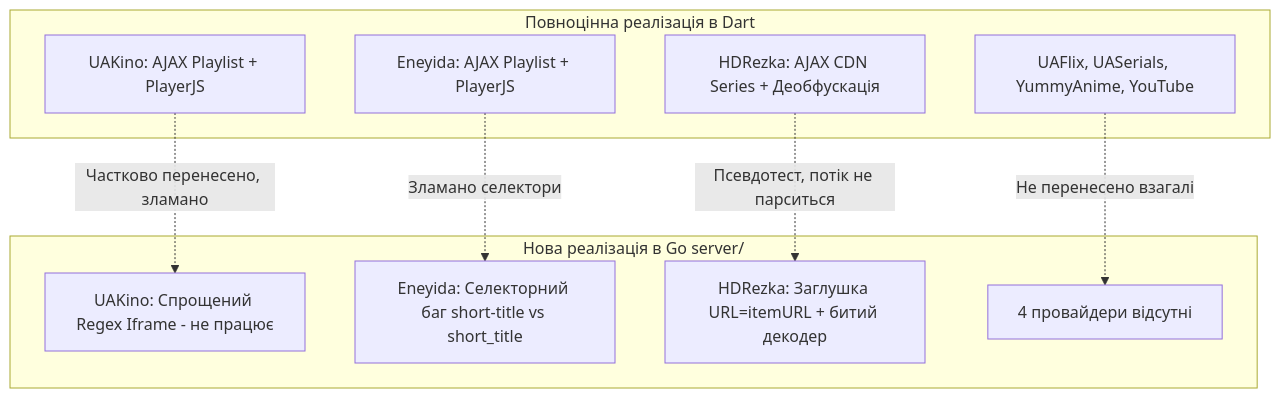
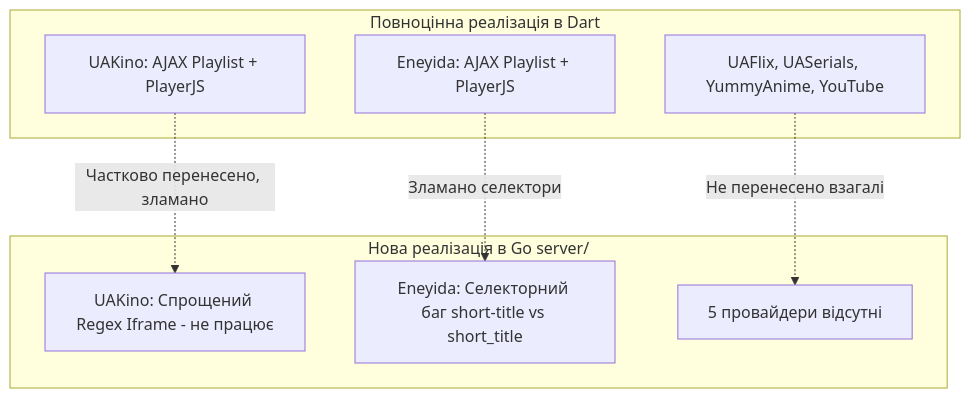
One commit to edhases/kadrbox changed the first of 2 diagrams in docs/audit/02_PARSERS_AND_PROVIDERS_AUDIT.md. Above: the diagram before and after it, drawn with Mermaid. The commit also changed other lines of this file and 72 other files, not shown here.

````diff
--- a/docs/audit/02_PARSERS_AND_PROVIDERS_AUDIT.md
+++ b/docs/audit/02_PARSERS_AND_PROVIDERS_AUDIT.md
@@ -31,21 +30,18 @@
 ```mermaid
 graph TD
     subgraph Dart Client [Повноцінна реалізація в Dart]
         D_UAKino[UAKino: AJAX Playlist + PlayerJS]
         D_Eneyida[Eneyida: AJAX Playlist + PlayerJS]
-        D_HDRezka[HDRezka: AJAX CDN Series + Деобфускація]
         D_Others[UAFlix, UASerials, YummyAnime, YouTube]
     end
 
     subgraph Go Server [Нова реалізація в Go server/]
         G_UAKino[UAKino: Спрощений Regex Iframe - не працює]
         G_Eneyida[Eneyida: Селекторний баг short-title vs short_title]
-        G_HDRezka[HDRezka: Заглушка URL=itemURL + битий декодер]
-        G_Missing[4 провайдери відсутні]
+        G_Missing[5 провайдери відсутні]
     end
 
     D_UAKino -.->|Частково перенесено, зламано| G_UAKino
     D_Eneyida -.->|Зламано селектори| G_Eneyida
-    D_HDRezka -.->|Псевдотест, потік не парситься| G_HDRezka
     D_Others -.->|Не перенесено взагалі| G_Missing
 ```
````
